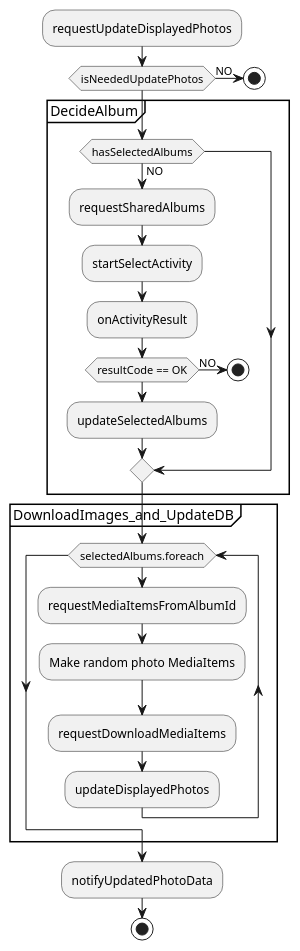
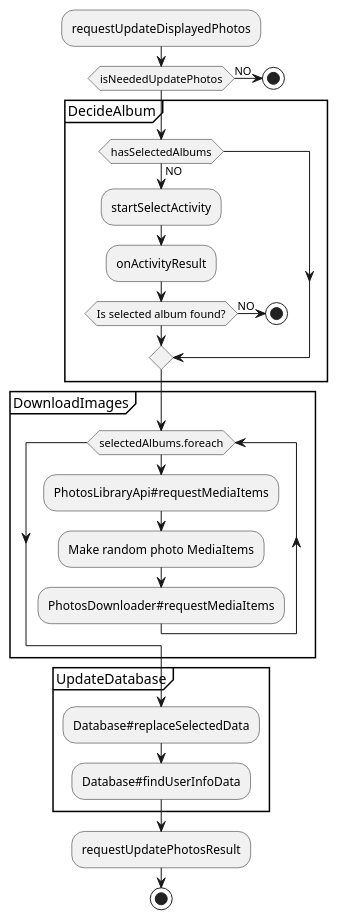
Before and after one commit to sallyluenoa/PhotoSlideShow: the diagram in uml/main/activity_diagram_main_bk.md, drawn with PlantUML. The commit also changed 5 other files, not shown here.

First line of the commit message:
Write UML for design #13

```diff
--- a/uml/main/activity_diagram_main_bk.md
+++ b/uml/main/activity_diagram_main_bk.md
@@ -1,33 +1,34 @@
 @startuml
 :requestUpdateDisplayedPhotos;
 
 if (isNeededUpdatePhotos) then (NO)
   stop
 endif
 
 partition DecideAlbum {
   if (hasSelectedAlbums) then (NO)
-    :requestSharedAlbums;
     :startSelectActivity;
     :onActivityResult;
 
-    if (resultCode == OK) then (NO)
+    if (Is selected album found?) then (NO)
       stop
     endif
-
-    :updateSelectedAlbums;
   endif
 }
 
-partition DownloadImages_and_UpdateDB {
+partition DownloadImages {
   while (selectedAlbums.foreach)
-    :requestMediaItemsFromAlbumId;
+    :PhotosLibraryApi#requestMediaItems;
     :Make random photo MediaItems;
-    :requestDownloadMediaItems;
-    :updateDisplayedPhotos;
+    :PhotosDownloader#requestMediaItems;
   end while
 }
 
-:notifyUpdatedPhotoData;
+partition UpdateDatabase {
+  :Database#replaceSelectedData;
+  :Database#findUserInfoData;
+}
+
+:requestUpdatePhotosResult;
 stop
 @enduml
```
